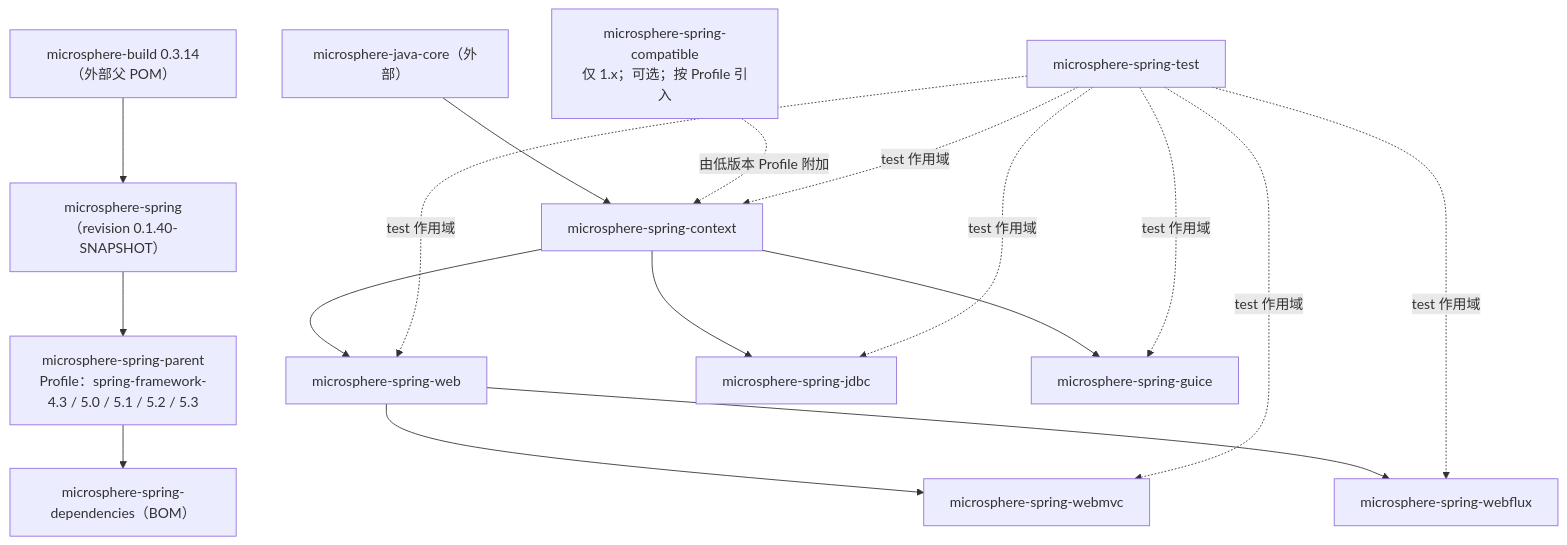
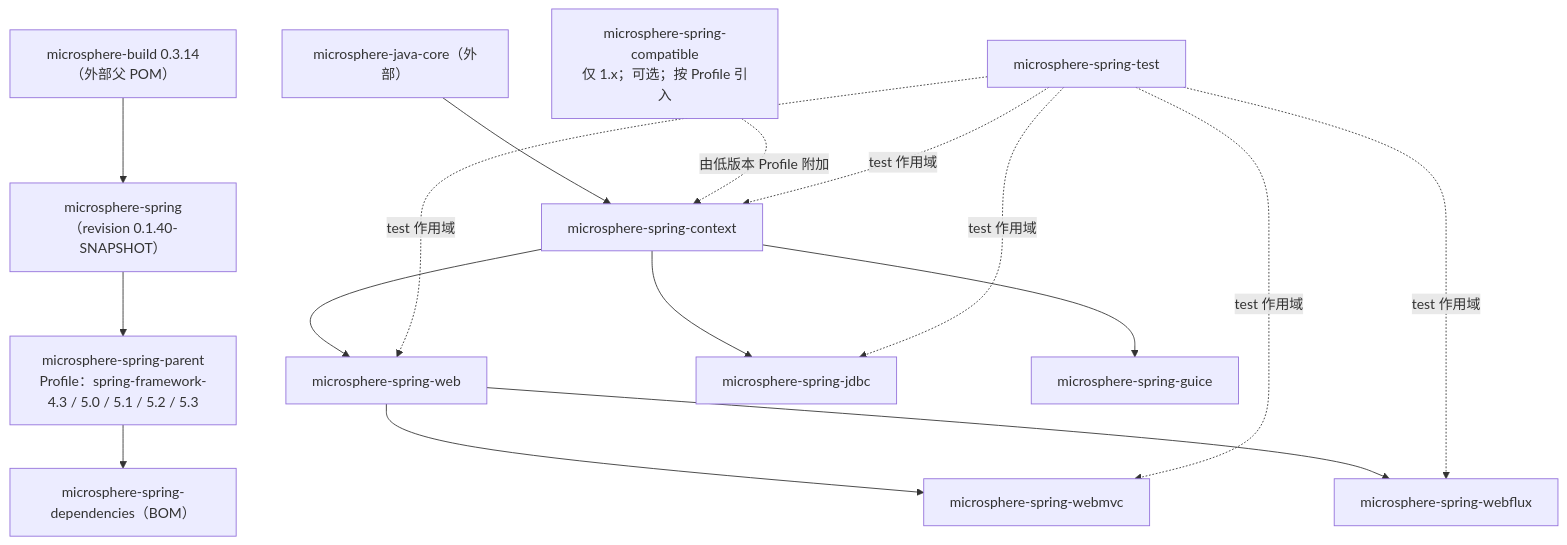
One commit to microsphere-projects/microsphere-spring changed the diagram in docs/developer-guide/1.x/zh/README.md. Above: the diagram before and after it, drawn with Mermaid. The commit also changed other lines of this file and 55 other files, not shown here.

````diff
--- a/docs/developer-guide/1.x/zh/README.md
+++ b/docs/developer-guide/1.x/zh/README.md
@@ -30,20 +30,19 @@
 ```mermaid
 flowchart TD
   MB["microsphere-build 0.3.14（外部父 POM）"] --> ROOT["microsphere-spring（revision 0.1.40-SNAPSHOT）"]
   ROOT --> PAR["microsphere-spring-parent<br/>Profile：spring-framework-4.3 / 5.0 / 5.1 / 5.2 / 5.3"]
   PAR --> DEP["microsphere-spring-dependencies（BOM）"]
 
   CORE["microsphere-java-core（外部）"] --> CTX["microsphere-spring-context"]
   CMP["microsphere-spring-compatible<br/>仅 1.x；可选；按 Profile 引入"] -.由低版本 Profile 附加.-> CTX
   CTX --> WEB["microsphere-spring-web"]
   WEB --> MVC["microsphere-spring-webmvc"]
   WEB --> FLX["microsphere-spring-webflux"]
   CTX --> JDBC["microsphere-spring-jdbc"]
   CTX --> GUICE["microsphere-spring-guice"]
   TEST["microsphere-spring-test"] -.test 作用域.-> CTX
   TEST -.test 作用域.-> WEB
   TEST -.test 作用域.-> MVC
   TEST -.test 作用域.-> FLX
   TEST -.test 作用域.-> JDBC
-  TEST -.test 作用域.-> GUICE
 ```
````
